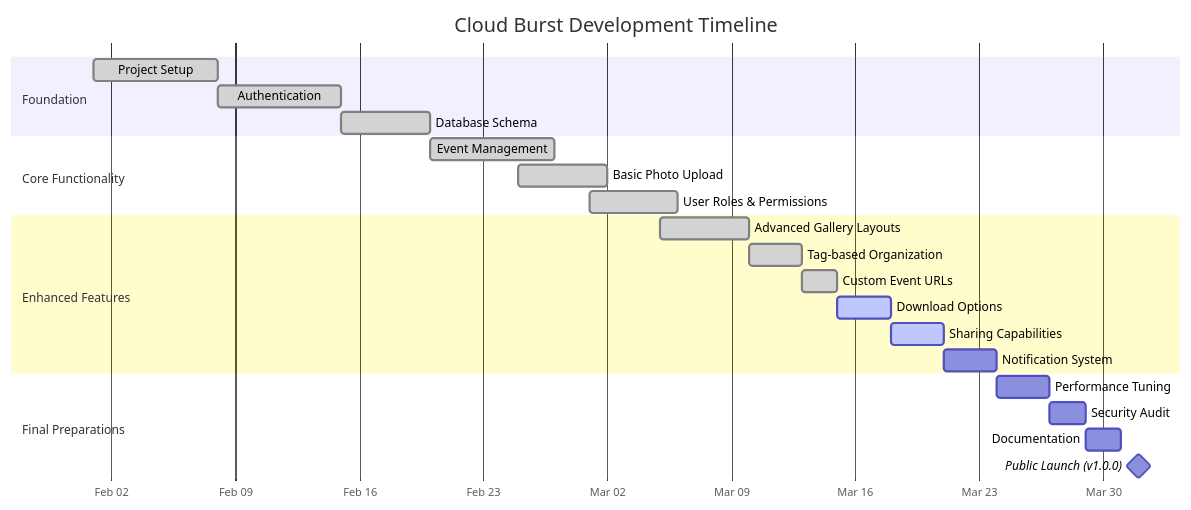
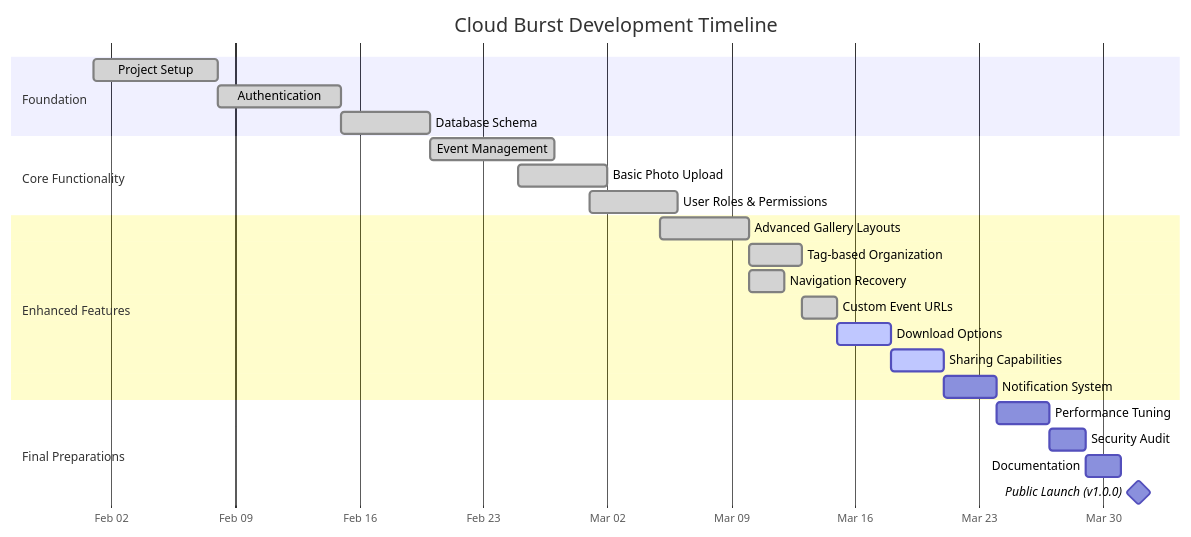
One commit to mrj0nesmtl/cloud-burst changed the first of 2 diagrams in docs/planning/roadmap.md. Above: the diagram before and after it, drawn with Mermaid. The commit also changed other lines of this file and 76 other files, not shown here.

````diff
--- a/docs/planning/roadmap.md
+++ b/docs/planning/roadmap.md
@@ -38,30 +40,31 @@
 ```mermaid
 gantt
     title Cloud Burst Development Timeline
     dateFormat  YYYY-MM-DD
     axisFormat %b %d
     
     section Foundation
     Project Setup           :done, f1, 2025-02-01, 7d
     Authentication          :done, f2, 2025-02-08, 7d
     Database Schema         :done, f3, 2025-02-15, 5d
     
     section Core Functionality
     Event Management        :done, c1, 2025-02-20, 7d
     Basic Photo Upload      :done, c2, 2025-02-25, 5d
     User Roles & Permissions:done, c3, 2025-03-01, 5d
     
     section Enhanced Features
     Advanced Gallery Layouts:done, e1, 2025-03-05, 5d
     Tag-based Organization  :done, e2, 2025-03-10, 3d
-    Custom Event URLs       :done, e3, 2025-03-13, 2d
-    Download Options        :active, e4, 2025-03-15, 3d
-    Sharing Capabilities    :active, e5, 2025-03-18, 3d
-    Notification System     :e6, 2025-03-21, 3d
+    Navigation Recovery     :done, e3, 2025-03-10, 2d
+    Custom Event URLs       :done, e4, 2025-03-13, 2d
+    Download Options        :active, e5, 2025-03-15, 3d
+    Sharing Capabilities    :active, e6, 2025-03-18, 3d
+    Notification System     :e7, 2025-03-21, 3d
     
     section Final Preparations
     Performance Tuning      :o1, 2025-03-24, 3d
     Security Audit          :o2, 2025-03-27, 2d
     Documentation           :l2, 2025-03-29, 2d
     Public Launch (v1.0.0)  :milestone, l3, 2025-04-01, 0d
 ```
````
